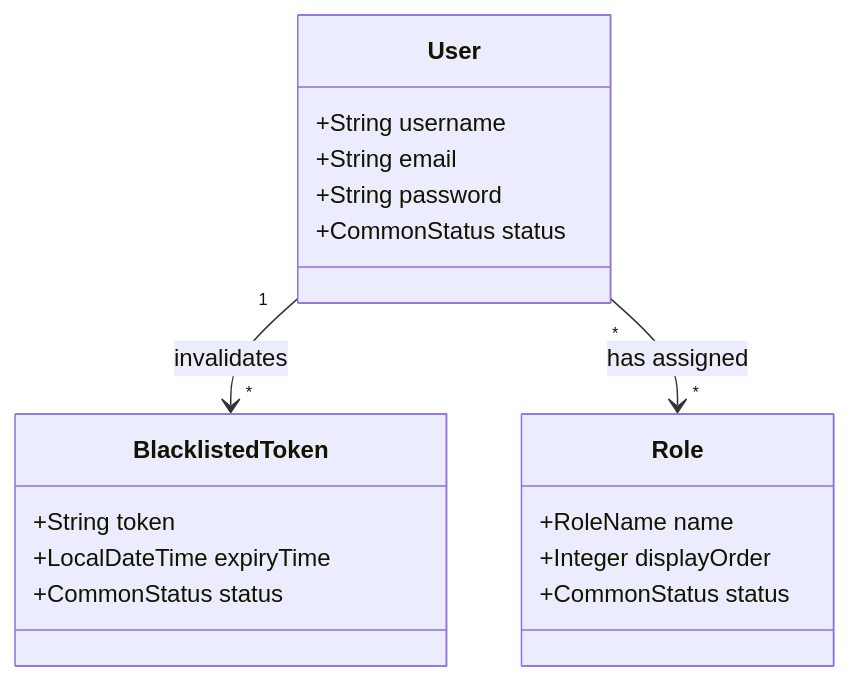
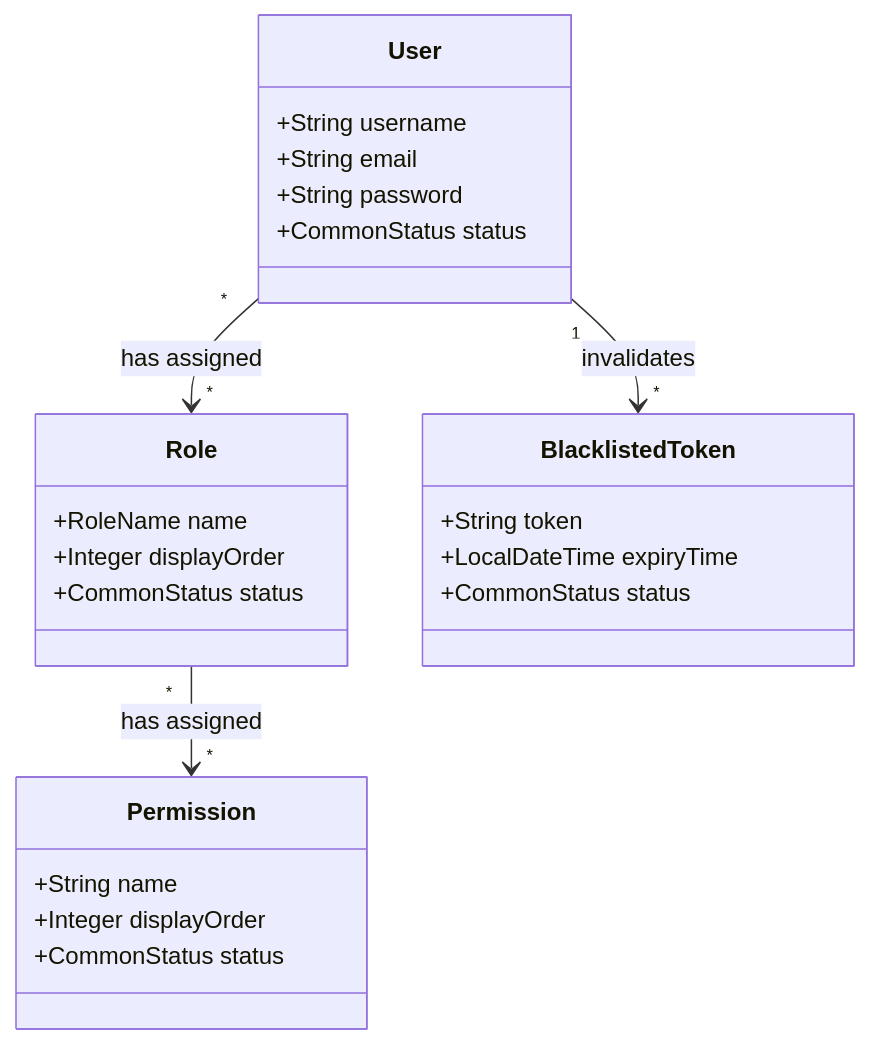
Before and after one commit to dnguyenminh/luckydraw-roo: the third of 3 diagrams in docs/architecture/entity-classes.md, drawn with Mermaid. The commit also changed other lines of this file and 210 other files, not shown here.

````diff
--- a/docs/architecture/entity-classes.md
+++ b/docs/architecture/entity-classes.md
@@ -177,24 +177,31 @@
 ```mermaid
 classDiagram
     class User {
         +String username
         +String email
         +String password
         +CommonStatus status
     }
 
     class Role {
         +RoleName name
         +Integer displayOrder
         +CommonStatus status
     }
 
+    class Permission {
+        +String name
+        +Integer displayOrder
+        +CommonStatus status
+    }
+
     class BlacklistedToken {
         +String token
         +LocalDateTime expiryTime
         +CommonStatus status
     }
 
     User "1" --> "*" BlacklistedToken : invalidates
     User "*" --> "*" Role : has assigned
+    Role "*" --> "*" Permission : has assigned
 ```
````
